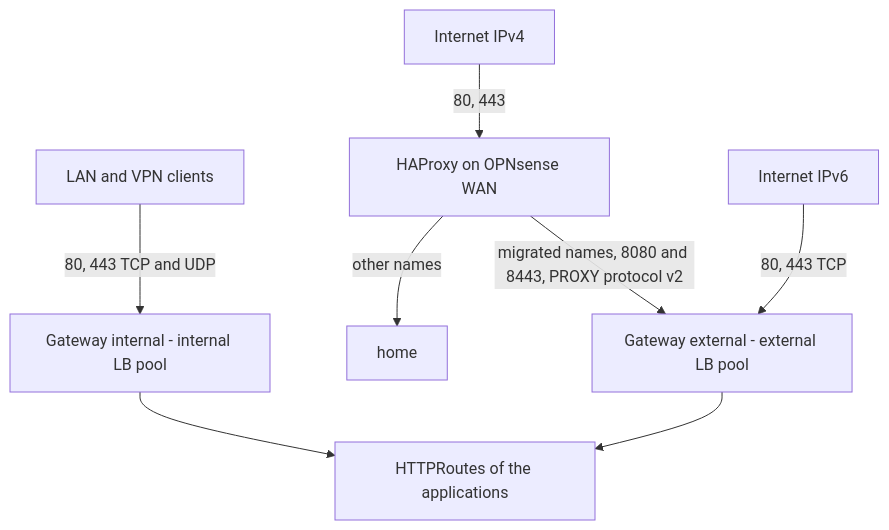
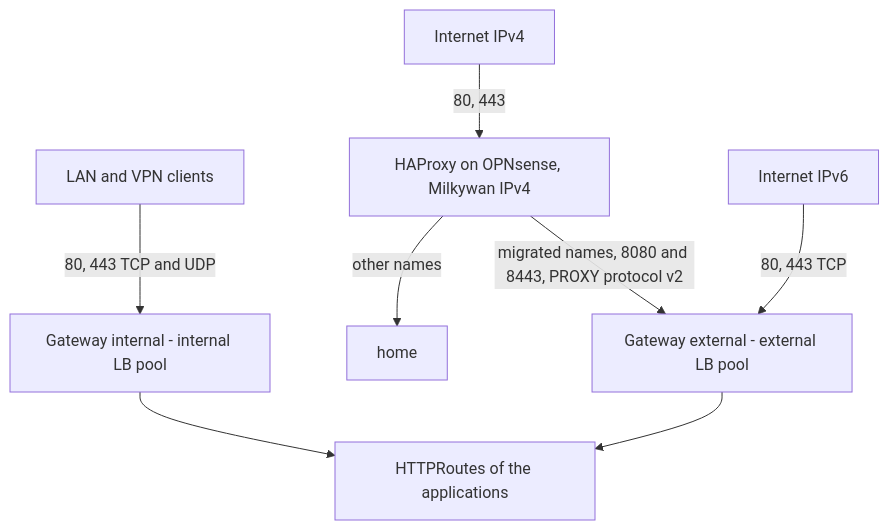
Before and after one commit to shellt0pia/infrastructure: the diagram in docs/ingress/README.md, drawn with Mermaid. The commit also changed other lines of this file and 34 other files, not shown here.

````diff
--- a/docs/ingress/README.md
+++ b/docs/ingress/README.md
@@ -25,10 +25,10 @@
 ```mermaid
 flowchart TD
     LAN[LAN and VPN clients] -->|80, 443 TCP and UDP| GI[Gateway internal - internal LB pool]
-    WAN4[Internet IPv4] -->|80, 443| HA[HAProxy on OPNsense WAN]
+    WAN4[Internet IPv4] -->|80, 443| HA[HAProxy on OPNsense, Milkywan IPv4]
     HA -->|other names| HOME[home]
     HA -->|migrated names, 8080 and 8443, PROXY protocol v2| GE[Gateway external - external LB pool]
     WAN6[Internet IPv6] -->|80, 443 TCP| GE
     GI --> APPS[HTTPRoutes of the applications]
     GE --> APPS
 ```
````
